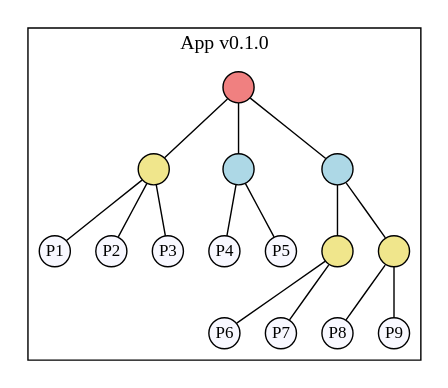
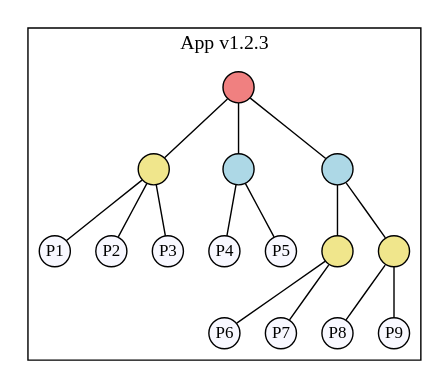
One commit to dont-rely-on-nulls/gambiconf-2025 changed diagram 16 of 22 in presentation.org. Above: the diagram before and after it, drawn with Graphviz. The commit also changed other lines of this file and 14 other files, not shown here.

```diff
--- a/presentation.org
+++ b/presentation.org
@@ -777,62 +842,62 @@
-#+BEGIN_SRC dot :file ./img/erlang_release.png :cmdline -Kdot -Tpng :exports results
+#+BEGIN_SRC dot :file ./img/erlang_application_versioning.png :cmdline -Kdot -Tpng :exports results
 graph Release {
   ratio=fill
   splines=spline
   overlap=scale
-  
-  subgraph cluster_release {
-    label="App v0.1.0"
+
+  subgraph cluster_application {
+    label="App v1.2.3"
     
     node [
       label="", 
       xlabel="",
       shape=circle,
       fixedsize=true,
       width=0.3,
       color="black",
       fillcolor="ghostwhite",
       style="filled,solid",
       fontsize=12
     ]
     
     app [pos="1,1", fillcolor="lightcoral"]
     sup1 [pos="1,1", fillcolor="khaki"]
     sup2 [pos="1,2", fillcolor="lightblue"]
     sup3 [pos="1,3", fillcolor="lightblue"]
     sup4 [pos="1,4", fillcolor="khaki"]
     sup5 [pos="1,5", fillcolor="khaki"]
 
     w1 [label="P1", pos="0,0"]
     w2 [label="P2", pos="0,1"]
     w3 [label="P3", pos="0,2"]
 
     w4 [label="P4", pos="0,3"]
     w5 [label="P5", pos="0,4"]
 
     w6 [label="P6", pos="0,5"]
     w7 [label="P7", pos="0,6"]
 
     w8 [label="P8", pos="0,7"]
     w9 [label="P9", pos="0,8"]
     
     app -- sup1
     app -- sup2
     app -- sup3
     sup1 -- w1
     sup1 -- w2
     sup1 -- w3
 
     sup2 -- w4
     sup2 -- w5
 
     sup3 -- sup4
     sup3 -- sup5
 
     sup4 -- w6
     sup4 -- w7
 
     sup5 -- w8
     sup5 -- w9
   }
 }
 #+END_SRC
```
